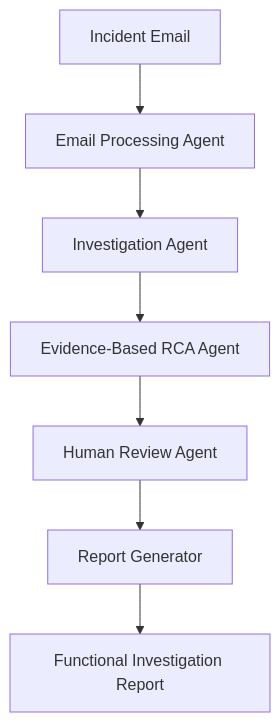
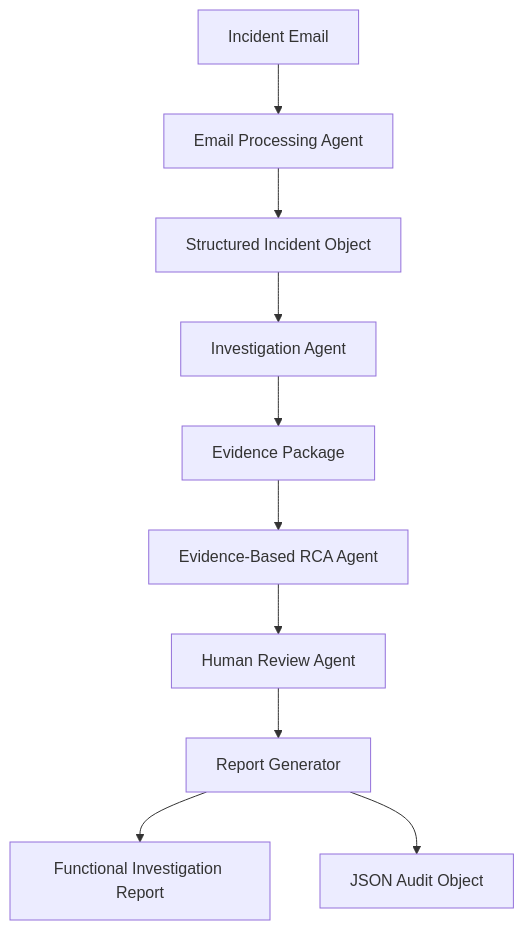
Before and after one commit to SUDHAKARCV73/FutureCATLeaf: the diagram in README.md, drawn with Mermaid. The commit also changed other lines of this file and 1 other file, not shown here.

Commit message:
Fix README and documentation formatting

````diff
--- a/README.md
+++ b/README.md
@@ -86,24 +86,12 @@
 ```mermaid
 flowchart TD
-
-A[Incident Email]
-
-B[Email Processing Agent]
-
-C[Investigation Agent]
-
-D[Evidence-Based RCA Agent]
-
-E[Human Review Agent]
-
-F[Report Generator]
-
-G[Functional Investigation Report]
-
-A --> B
-B --> C
-C --> D
-D --> E
-E --> F
-F --> G
+    A[Incident Email] --> B[Email Processing Agent]
+    B --> C[Structured Incident Object]
+    C --> D[Investigation Agent]
+    D --> E[Evidence Package]
+    E --> F[Evidence-Based RCA Agent]
+    F --> G[Human Review Agent]
+    G --> H[Report Generator]
+    H --> I[Functional Investigation Report]
+    H --> J[JSON Audit Object]
 ```
````
